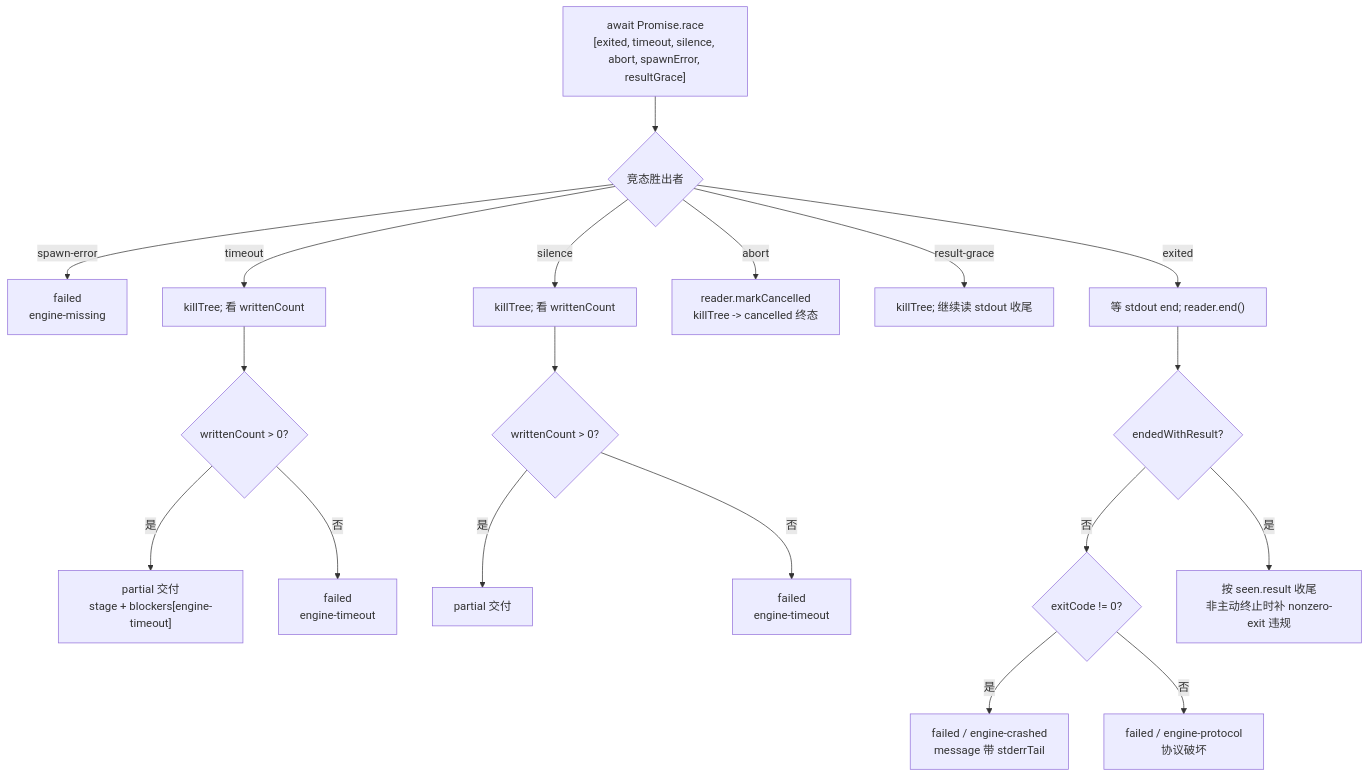
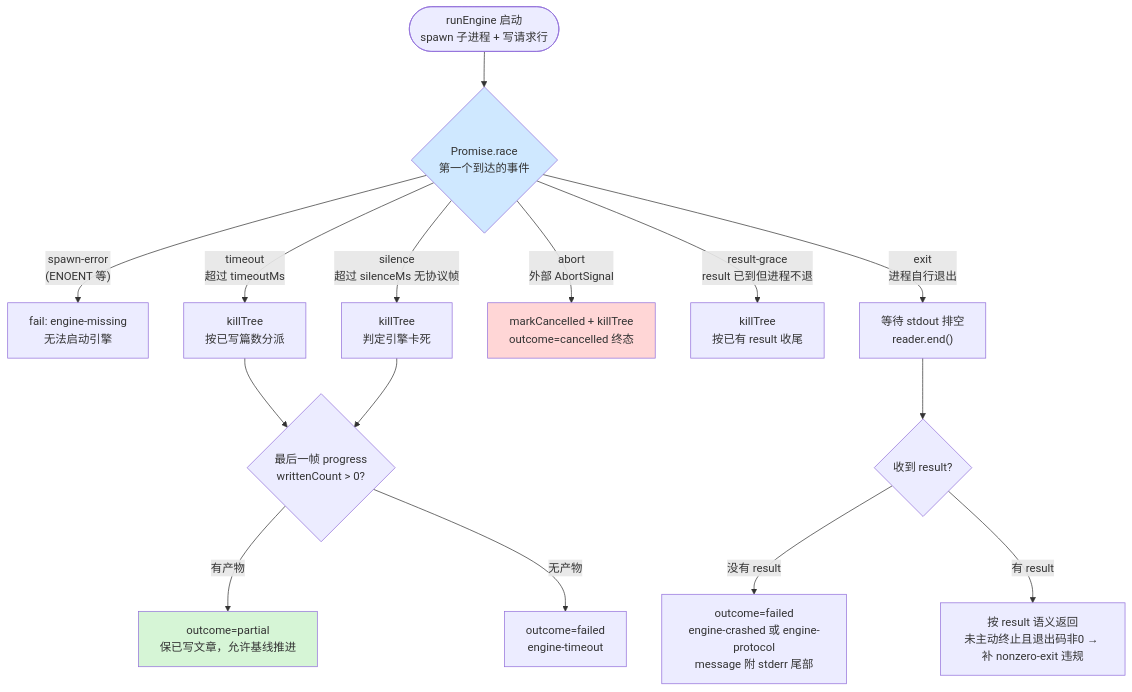
One commit to ikliml666/dsh-codewiki changed the second of 3 diagrams in .codewiki/_native-state/docs/engine_client.md. Above: the diagram before and after it, drawn with Mermaid. The commit also changed other lines of this file and 79 other files, not shown here.

````diff
--- a/.codewiki/_native-state/docs/engine_client.md
+++ b/.codewiki/_native-state/docs/engine_client.md
@@ -149,24 +109,24 @@
 ```mermaid
 flowchart TD
-    EX["await Promise.race<br/>[exited, timeout, silence, abort, spawnError, resultGrace]"] --> KIND{竞态胜出者}
+    START(["runEngine 启动<br/>spawn 子进程 + 写请求行"]) --> RACE{"Promise.race<br/>第一个到达的事件"}
 
-    KIND -->|spawn-error| F1["failed<br/>engine-missing"]
-    KIND -->|timeout| T1["killTree#59; 看 writtenCount"]
-    KIND -->|silence| T2["killTree#59; 看 writtenCount"]
-    KIND -->|abort| C["reader.markCancelled<br/>killTree -> cancelled 终态"]
-    KIND -->|result-grace| G["killTree#59; 继续读 stdout 收尾"]
-    KIND -->|exited| N["等 stdout end#59; reader.end()"]
+    RACE -->|"spawn-error<br/>(ENOENT 等)"| E1["fail: engine-missing<br/>无法启动引擎"]
+    RACE -->|"timeout<br/>超过 timeoutMs"| E2["killTree<br/>按已写篇数分派"]
+    RACE -->|"silence<br/>超过 silenceMs 无协议帧"| E3["killTree<br/>判定引擎卡死"]
+    RACE -->|"abort<br/>外部 AbortSignal"| E4["markCancelled + killTree<br/>outcome=cancelled 终态"]
+    RACE -->|"result-grace<br/>result 已到但进程不退"| E5["killTree<br/>按已有 result 收尾"]
+    RACE -->|"exit<br/>进程自行退出"| E6["等待 stdout 排空<br/>reader.end()"]
 
-    T1 --> WC1{writtenCount > 0?}
-    T2 --> WC2{writtenCount > 0?}
-    WC1 -->|是| P1["partial 交付<br/>stage + blockers[engine-timeout]"]
-    WC2 -->|是| P2["partial 交付"]
-    WC1 -->|否| F2["failed<br/>engine-timeout"]
-    WC2 -->|否| F3["failed<br/>engine-timeout"]
+    E2 --> W{"最后一帧 progress<br/>writtenCount > 0?"}
+    E3 --> W
+    W -->|"有产物"| P1["outcome=partial<br/>保已写文章，允许基线推进"]
+    W -->|"无产物"| F1["outcome=failed<br/>engine-timeout"]
 
-    N --> RES{endedWithResult?}
-    RES -->|否| PROB{exitCode != 0?}
-    PROB -->|是| F4["failed / engine-crashed<br/>message 带 stderrTail"]
-    PROB -->|否| F5["failed / engine-protocol<br/>协议破坏"]
-    RES -->|是| OK["按 seen.result 收尾<br/>非主动终止时补 nonzero-exit 违规"]
+    E6 --> C{"收到 result?"}
+    C -->|"没有 result"| F2["outcome=failed<br/>engine-crashed 或 engine-protocol<br/>message 附 stderr 尾部"]
+    C -->|"有 result"| OK["按 result 语义返回<br/>未主动终止且退出码非0 → 补 nonzero-exit 违规"]
+
+    style RACE fill:#cfe8ff
+    style E4 fill:#ffd6d6
+    style P1 fill:#d6f5d6
 ```
````
